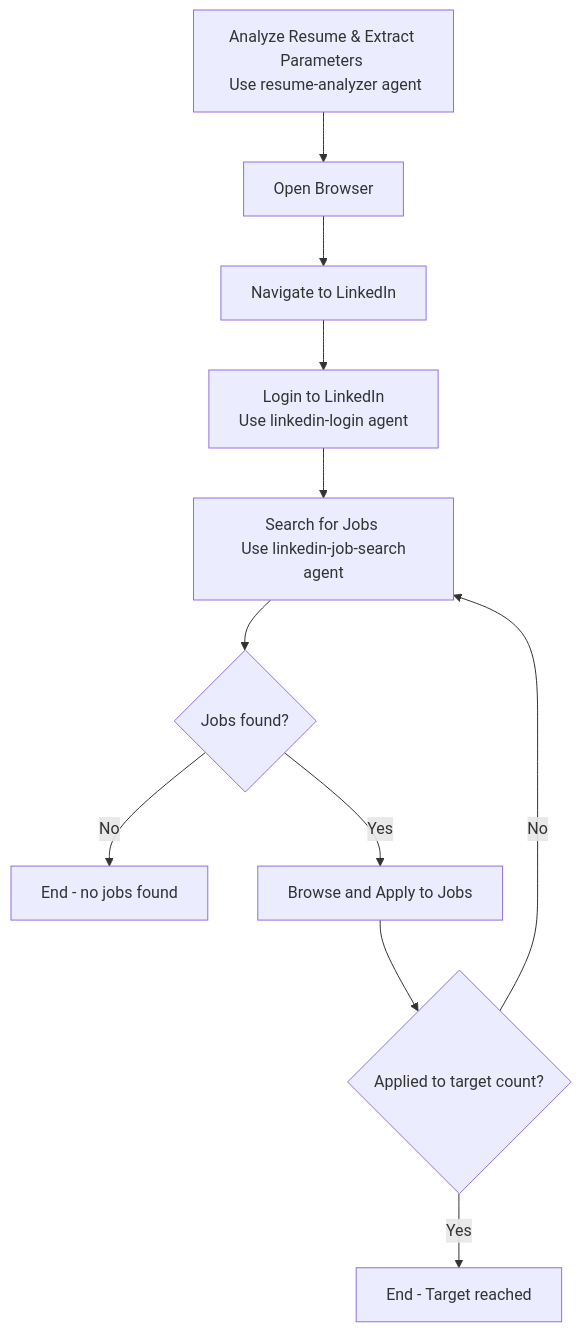
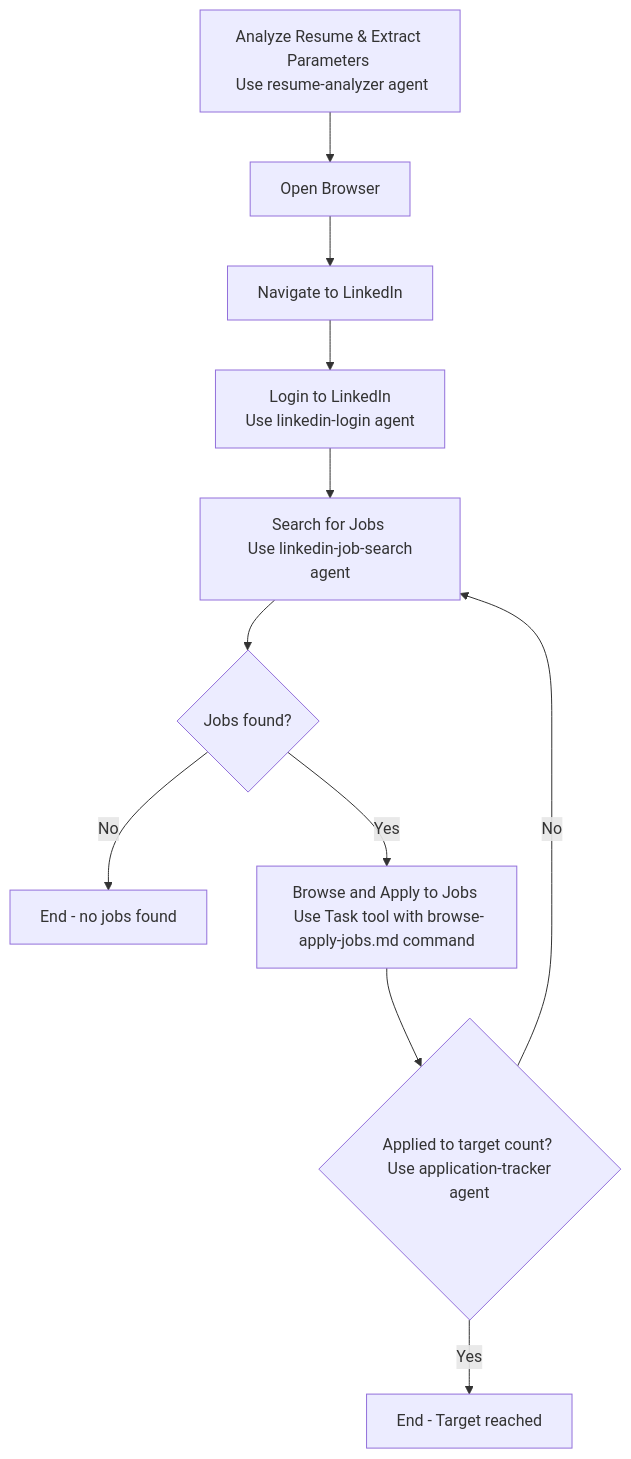
Before and after one commit to o2alexanderfedin/linkedin-job-automation: the diagram in .claude/commands/linkedin-jobs.md, drawn with Mermaid. The commit also changed other lines of this file and 6 other files, not shown here.

````diff
--- a/.claude/commands/linkedin-jobs.md
+++ b/.claude/commands/linkedin-jobs.md
@@ -41,13 +41,13 @@
 ```mermaid
 flowchart TD
     A["Analyze Resume & Extract Parameters <br/> Use resume-analyzer agent"] --> B[Open Browser]
     B --> C[Navigate to LinkedIn]
     C --> D["Login to LinkedIn <br/> Use linkedin-login agent"]
     D --> E["Search for Jobs <br/> Use linkedin-job-search agent"]
     E --> F{Jobs found?}
     F -->|No| G[End - no jobs found]
-    F -->|Yes| H[Browse and Apply to Jobs]
-    H --> I{Applied to target count?}
+    F -->|Yes| H["Browse and Apply to Jobs <br/> Use Task tool with browse-apply-jobs.md command"]
+    H --> I{"Applied to target count? <br/> Use application-tracker agent"}
     I -->|No| E
     I -->|Yes| J[End - Target reached]
 ```
````
